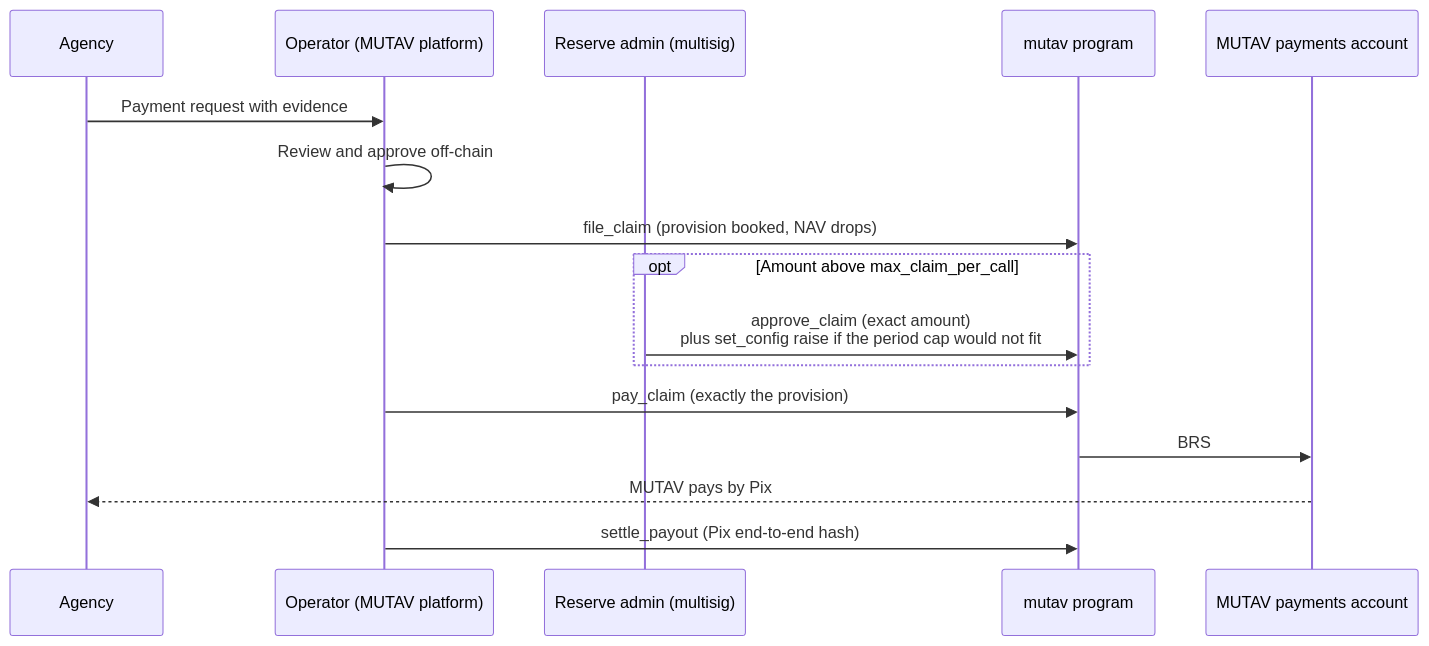
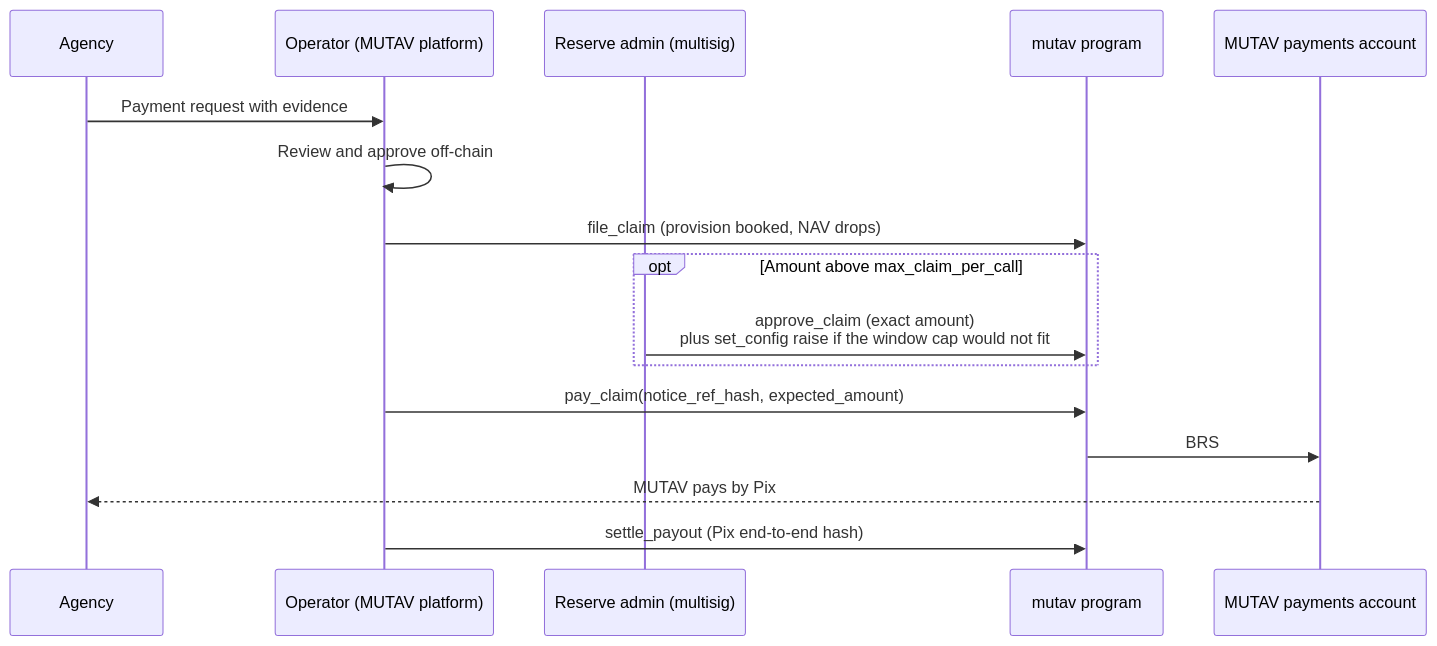
Before and after one commit to mutav-finance/mutav-protocol-solana: the first of 2 diagrams in docs/reserve-framework/claims-and-payments.md, drawn with Mermaid. The commit also changed other lines of this file and 41 other files, not shown here.

````diff
--- a/docs/reserve-framework/claims-and-payments.md
+++ b/docs/reserve-framework/claims-and-payments.md
@@ -9,19 +9,19 @@
 ```mermaid
 sequenceDiagram
     participant Ag as Agency
     participant Op as Operator (MUTAV platform)
     participant Ad as Reserve admin (multisig)
     participant Pg as mutav program
     participant Pa as MUTAV payments account
 
     Ag->>Op: Payment request with evidence
     Op->>Op: Review and approve off-chain
     Op->>Pg: file_claim (provision booked, NAV drops)
     opt Amount above max_claim_per_call
-        Ad->>Pg: approve_claim (exact amount)<br/>plus set_config raise if the period cap would not fit
+        Ad->>Pg: approve_claim (exact amount)<br/>plus set_config raise if the window cap would not fit
     end
-    Op->>Pg: pay_claim (exactly the provision)
+    Op->>Pg: pay_claim(notice_ref_hash, expected_amount)
     Pg->>Pa: BRS
     Pa-->>Ag: MUTAV pays by Pix
     Op->>Pg: settle_payout (Pix end-to-end hash)
 ```
````
